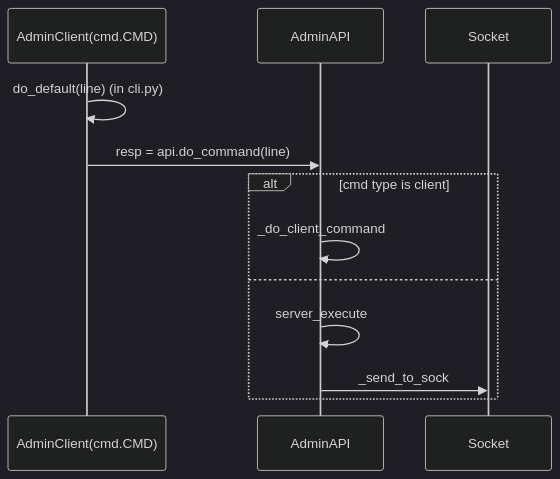
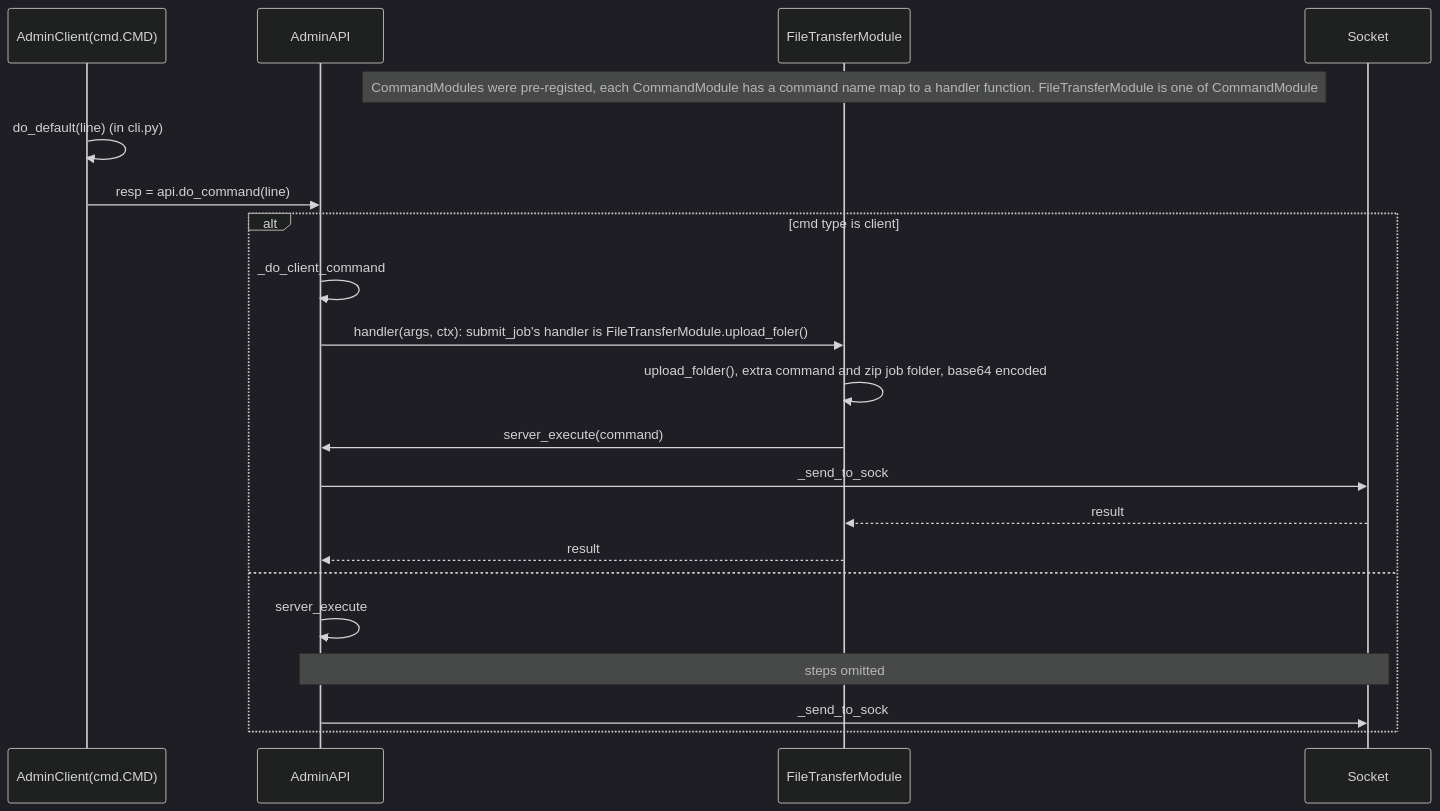
The seventh of 14 diagrams in docs/system_state_and_flow/system_workflow.md (hitesh-ag1/NVFlare), drawn with Mermaid (dark theme) before and after one commit. The commit also changed other lines of this file, not shown here.

Commit message:
update documentation submit job sequence diagram AdminClient Part

````diff
--- a/docs/system_state_and_flow/system_workflow.md
+++ b/docs/system_state_and_flow/system_workflow.md
@@ -169,15 +169,26 @@
 ```mermaid
 sequenceDiagram
     participant AdminClient(cmd.CMD)
     participant AdminAPI 
+    participant FileTransferModule
+    Note over FileTransferModule: CommandModules were pre-registed, each CommandModule has a command name map to a handler function. FileTransferModule is one of CommandModule   
+   
     participant Socket 
     
     AdminClient(cmd.CMD)->> AdminClient(cmd.CMD) : do_default(line) (in cli.py)
     AdminClient(cmd.CMD)->> AdminAPI : resp = api.do_command(line)
     alt cmd type is client
         AdminAPI ->> AdminAPI: _do_client_command
+        AdminAPI ->> FileTransferModule: handler(args, ctx): submit_job's handler is FileTransferModule.upload_foler()
+        FileTransferModule ->> FileTransferModule: upload_folder(), extra command and zip job folder, base64 encoded
+        FileTransferModule ->> AdminAPI: server_execute(command)
+        AdminAPI ->> Socket: _send_to_sock
+        Socket -->> FileTransferModule: result
+        FileTransferModule -->> AdminAPI: result
+        
     else
         AdminAPI ->> AdminAPI: server_execute
+        note over AdminAPI, Socket : steps omitted 
         AdminAPI ->> Socket: _send_to_sock
     end
 ```
````
